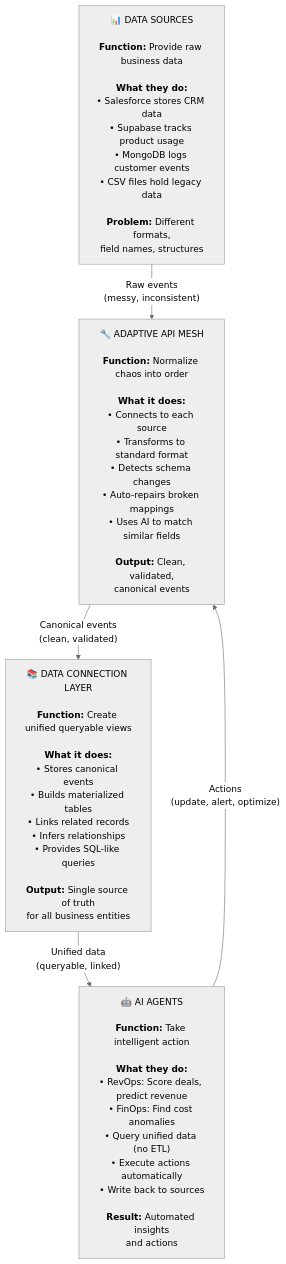
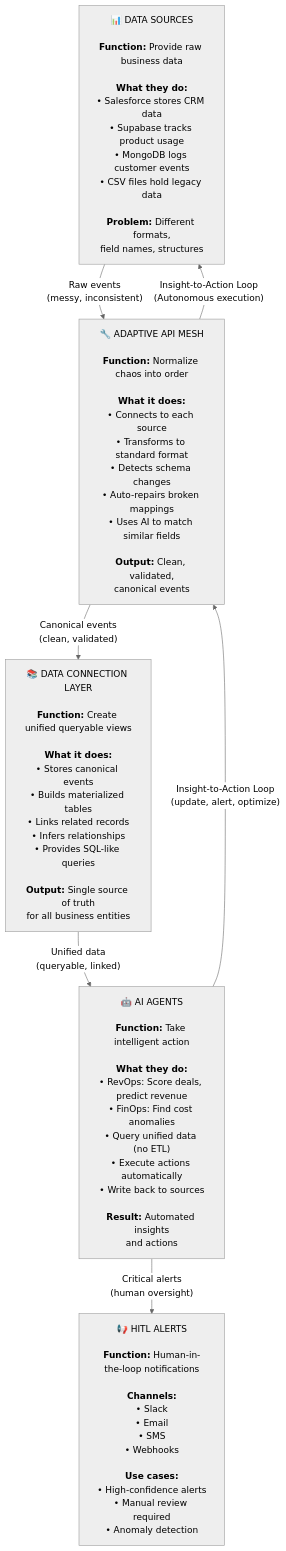
Before and after one commit to ilyacantor/autonomos-platform: the first of 9 diagrams in ARCHITECTURE.md, drawn with Mermaid (neutral theme). The commit also changed other lines of this file and 1 other file, not shown here.

Commit message:
Enhance diagram to show new alert system and autonomous data flows
Update ARCHITECTURE.md and static/architecture.html to add a HITL ALERTS box, modify AGENTS to AAM arrow label, add AAM to DS arrow label, and update the Functional Overview description.

Replit-Commit-Author: Agent
Replit-Commit-Session-Id: 64179410-7104-402f-9246-00d468411b94
Replit-Commit-Checkpoint-Type: full_checkpoint
Replit-Commit-Event-Id: e70667ad-f239-4cc2-a7d3-4ccedbe81047

````diff
--- a/ARCHITECTURE.md
+++ b/ARCHITECTURE.md
@@ -21,15 +21,19 @@
 ```mermaid
 flowchart TB
     DS["📊 DATA SOURCES<br/><br/><b>Function:</b> Provide raw business data<br/><br/><b>What they do:</b><br/>• Salesforce stores CRM data<br/>• Supabase tracks product usage<br/>• MongoDB logs customer events<br/>• CSV files hold legacy data<br/><br/><b>Problem:</b> Different formats,<br/>field names, structures"]
     
     AAM["🔧 ADAPTIVE API MESH<br/><br/><b>Function:</b> Normalize chaos into order<br/><br/><b>What it does:</b><br/>• Connects to each source<br/>• Transforms to standard format<br/>• Detects schema changes<br/>• Auto-repairs broken mappings<br/>• Uses AI to match similar fields<br/><br/><b>Output:</b> Clean, validated,<br/>canonical events"]
     
     DCL["📚 DATA CONNECTION LAYER<br/><br/><b>Function:</b> Create unified queryable views<br/><br/><b>What it does:</b><br/>• Stores canonical events<br/>• Builds materialized tables<br/>• Links related records<br/>• Infers relationships<br/>• Provides SQL-like queries<br/><br/><b>Output:</b> Single source of truth<br/>for all business entities"]
     
     AGENTS["🤖 AI AGENTS<br/><br/><b>Function:</b> Take intelligent action<br/><br/><b>What they do:</b><br/>• RevOps: Score deals, predict revenue<br/>• FinOps: Find cost anomalies<br/>• Query unified data (no ETL)<br/>• Execute actions automatically<br/>• Write back to sources<br/><br/><b>Result:</b> Automated insights<br/>and actions"]
     
+    HITL["📢 HITL ALERTS<br/><br/><b>Function:</b> Human-in-the-loop notifications<br/><br/><b>Channels:</b><br/>• Slack<br/>• Email<br/>• SMS<br/>• Webhooks<br/><br/><b>Use cases:</b><br/>• High-confidence alerts<br/>• Manual review required<br/>• Anomaly detection"]
+    
     DS -->|"Raw events<br/>(messy, inconsistent)"| AAM
     AAM -->|"Canonical events<br/>(clean, validated)"| DCL
     DCL -->|"Unified data<br/>(queryable, linked)"| AGENTS
-    AGENTS -->|"Actions<br/>(update, alert, optimize)"| AAM
+    AGENTS -->|"Insight-to-Action Loop<br/>(update, alert, optimize)"| AAM
+    AAM -->|"Insight-to-Action Loop<br/>(Autonomous execution)"| DS
+    AGENTS -->|"Critical alerts<br/>(human oversight)"| HITL
 ```
````
